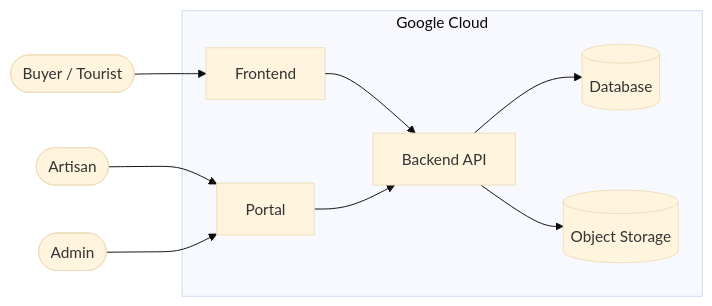
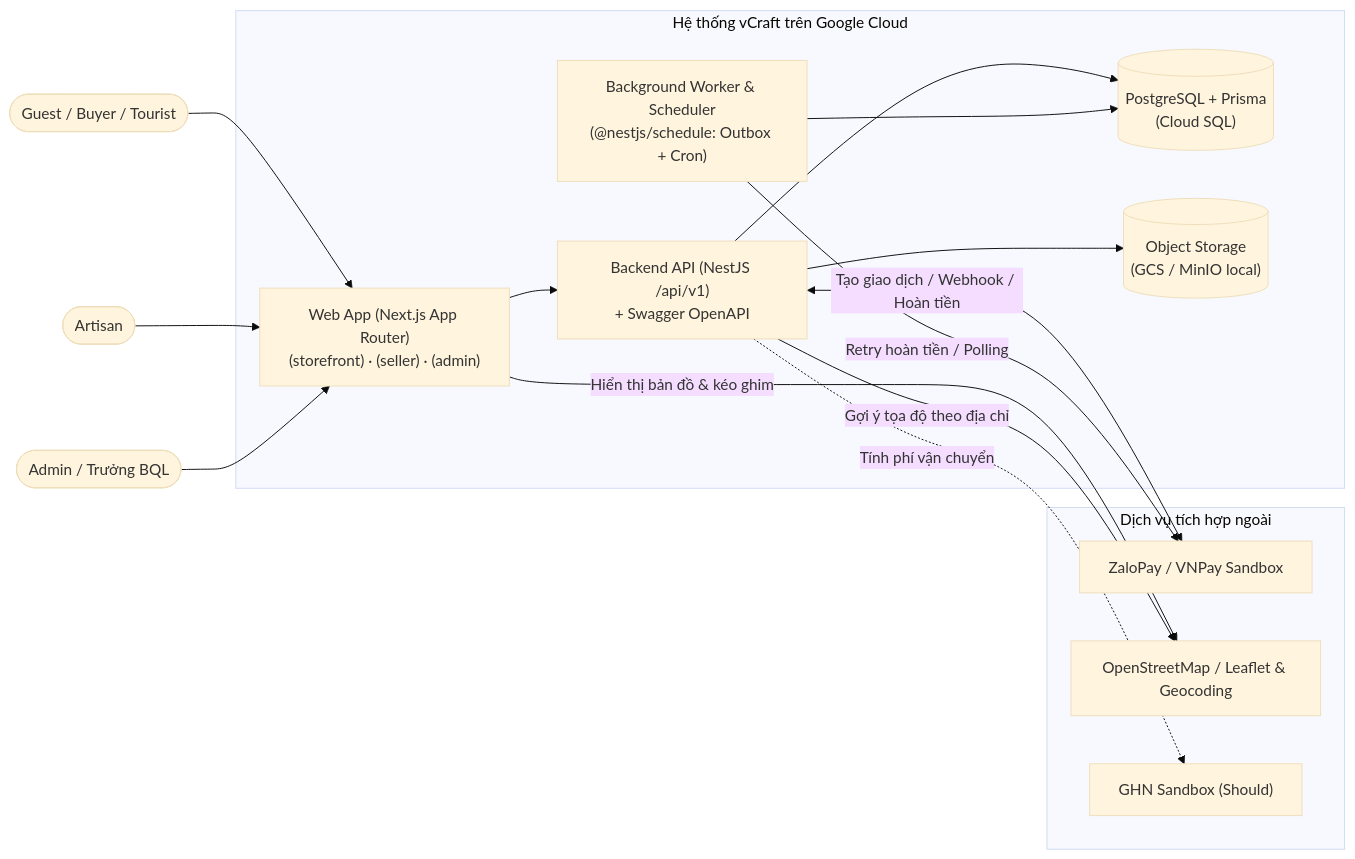
One commit to Verzol/vcraft changed the diagram in docs/design/architecture.md. Above: the diagram before and after it, drawn with Mermaid (base theme). The commit also changed other lines of this file and 25 other files, not shown here.

Commit message:
docs: finalize architecture, design system, data dictionary, error codes and sync BRD/SRS (#10)

````diff
--- a/docs/design/architecture.md
+++ b/docs/design/architecture.md
@@ -7,22 +15,33 @@
 ```mermaid
 flowchart LR
-    Buyer([Buyer / Tourist])
+    Buyer([Guest / Buyer / Tourist])
     Artisan([Artisan])
-    Admin([Admin])
+    Admin([Admin / Trưởng BQL])
 
-    subgraph GCP[Google Cloud]
-        FE[Frontend]
-        PT[Portal]
-        BE[Backend API]
-        DB[(Database)]
-        ST[(Object Storage)]
+    subgraph GCP[Hệ thống vCraft trên Google Cloud]
+        FE["Web App (Next.js App Router)<br/>(storefront) · (seller) · (admin)"]
+        BE["Backend API (NestJS /api/v1)<br/>+ Swagger OpenAPI"]
+        WK["Background Worker & Scheduler<br/>(@nestjs/schedule: Outbox + Cron)"]
+        DB[("PostgreSQL + Prisma<br/>(Cloud SQL)")]
+        ST[("Object Storage<br/>(GCS / MinIO local)")]
+    end
+
+    subgraph EXT[Dịch vụ tích hợp ngoài]
+        PAY["ZaloPay / VNPay Sandbox"]
+        MAP["OpenStreetMap / Leaflet & Geocoding"]
+        GHN["GHN Sandbox (Should)"]
     end
 
     Buyer --> FE
-    Artisan --> PT
-    Admin --> PT
+    Artisan --> FE
+    Admin --> FE
     FE --> BE
-    PT --> BE
     BE --> DB
     BE --> ST
+    WK --> DB
+    BE <-->|Tạo giao dịch / Webhook / Hoàn tiền| PAY
+    WK -->|Retry hoàn tiền / Polling| PAY
+    FE -->|Hiển thị bản đồ & kéo ghim| MAP
+    BE -->|Gợi ý tọa độ theo địa chỉ| MAP
+    BE -.->|Tính phí vận chuyển| GHN
 ```
````
